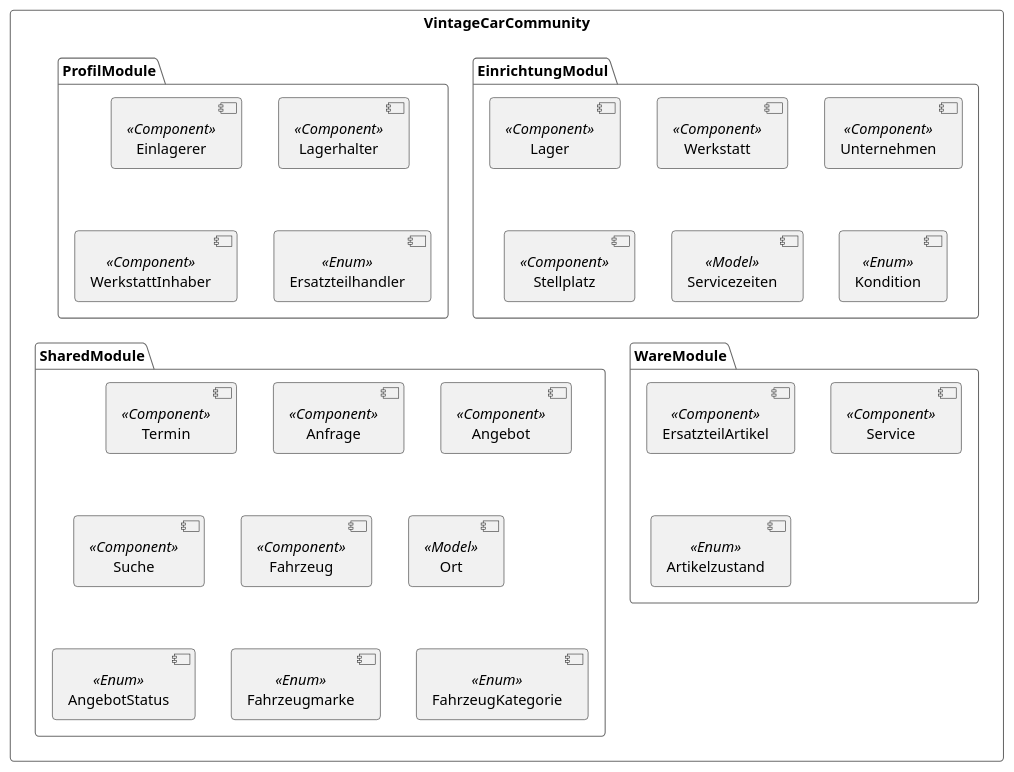
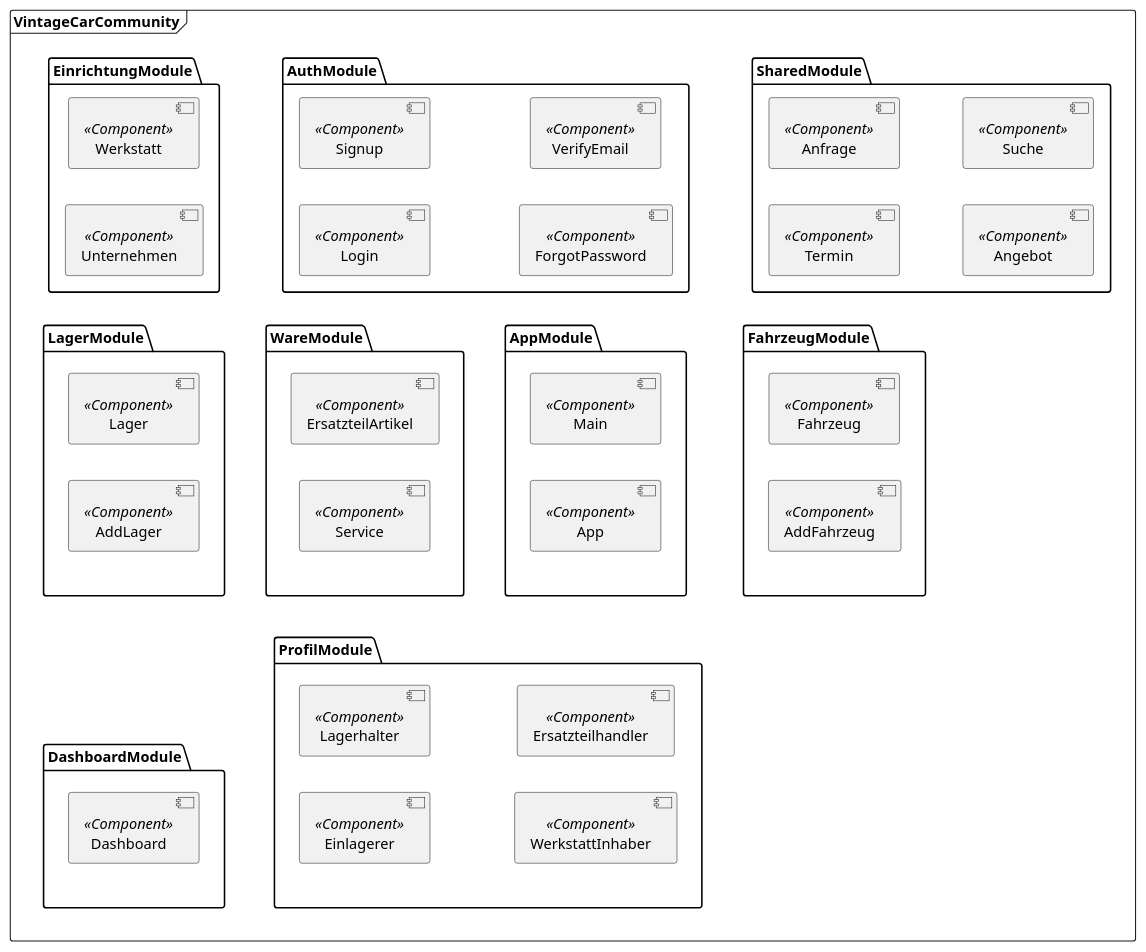
Before and after one commit to CedricNdong/The-Vintage-Car-Community: the diagram in Doc/Diagrams/components.plantuml, drawn with PlantUML. The commit also changed 2 other files, not shown here.

Commit message:
ComponentDiagram

```diff
--- a/Doc/Diagrams/components.plantuml
+++ b/Doc/Diagrams/components.plantuml
@@ -1,43 +1,65 @@
 @startuml
-!theme vibrant
+' !theme vibrant
+left to right direction
 
-rectangle VintageCarCommunity {
+frame VintageCarCommunity {
 
-package "EinrichtungModul" {
-    [Lager] <<Component>>
-    [Werkstatt] <<Component>>
-    [Unternehmen] <<Component>>
-    [Stellplatz] <<Component>>
-    [Servicezeiten] <<Model>>
-    [Kondition] <<Enum>>
+package "AuthModule" {
+    [Login] <<Component>>
+    [Signup] <<Component>>
+    [ForgotPassword] <<Component>>
+    [VerifyEmail] <<Component>>
 }
 
 package "ProfilModule" {
     [Einlagerer] <<Component>>
     [Lagerhalter] <<Component>>
     [WerkstattInhaber] <<Component>>
-    [Ersatzteilhandler] <<Enum>>
-}
-
-
-package "WareModule" {
-    [ErsatzteilArtikel] <<Component>>
-    [Service] <<Component>>
-    [Artikelzustand] <<Enum>>
+    [Ersatzteilhandler] <<Component>>
 }
 
 package "SharedModule" {
     [Termin] <<Component>>
     [Anfrage] <<Component>>
     [Angebot] <<Component>>
     [Suche] <<Component>>
+}
+
+package "AppModule" {
+    [Main] <<Component>>
+    [App] <<Component>>
+}
+
+package "EinrichtungModule" {
+    [Werkstatt] <<Component>>
+    [Unternehmen] <<Component>>
+}
+
+
+package "LagerModule" {
+    [Lager] <<Component>>
+    [AddLager] <<Component>>
+}
+
+package "WareModule" {
+    [ErsatzteilArtikel] <<Component>>
+    [Service] <<Component>>
+}
+
+package "FahrzeugModule" {
     [Fahrzeug] <<Component>>
-    [Ort] <<Model>>
-    [AngebotStatus] <<Enum>>
-    [Fahrzeugmarke] <<Enum>>
-    [FahrzeugKategorie] <<Enum>>
+    [AddFahrzeug] <<Component>>
 }
+
+package "DashboardModule" {
+    [Dashboard] <<Component>>
+}
+
+DashboardModule --[hidden]> ProfilModule
+AppModule --[hidden]> FahrzeugModule
+LagerModule --[hidden]> WareModule
+WareModule --[hidden]> AppModule
 
 }
 
 @enduml
```
